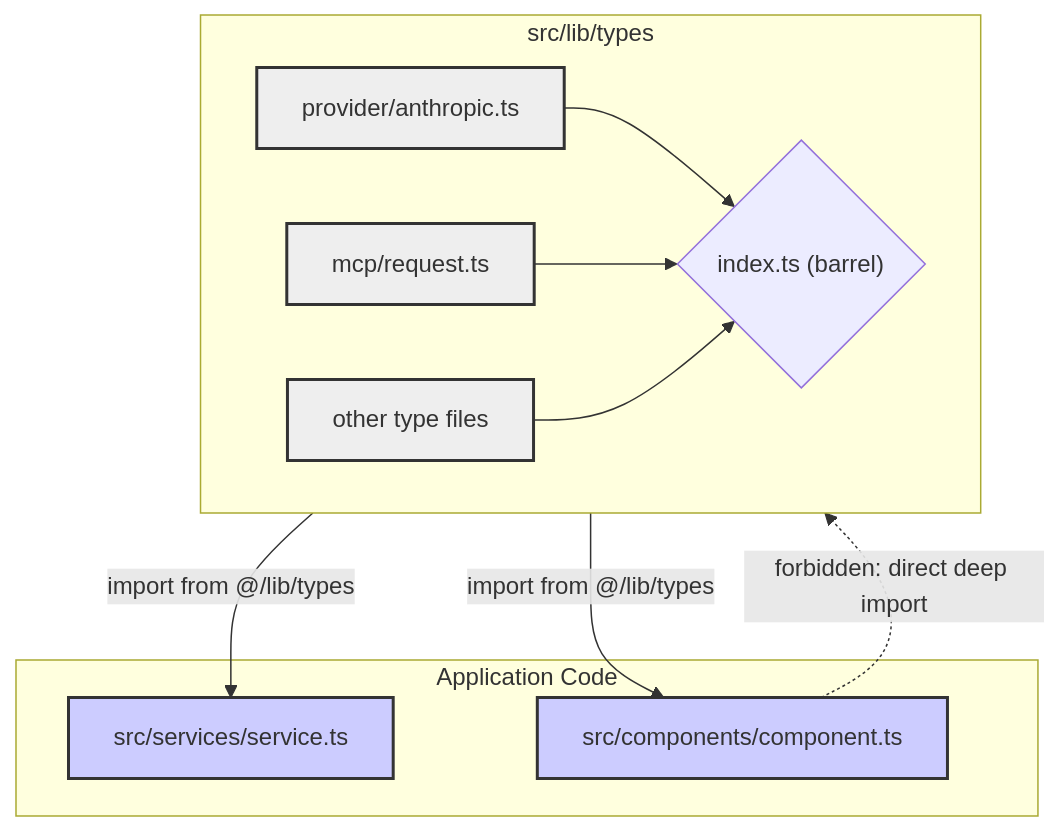
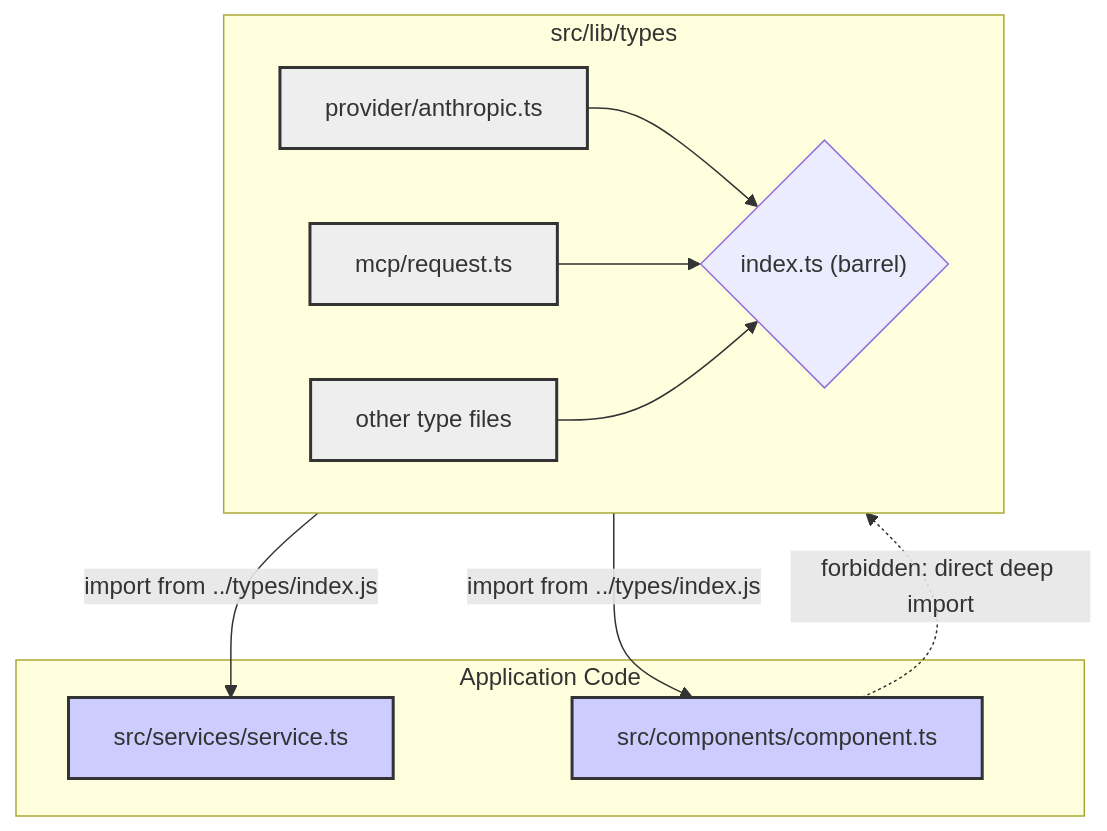
One commit to juspay/neurolink-blog changed the diagram in _posts/2026-05-29-ten-eslint-rules-that-hold-neurolink-s-type-system-together.md. Above: the diagram before and after it, drawn with Mermaid. The commit also changed other lines of this file and 2 other files, not shown here.

````diff
--- a/_posts/2026-05-29-ten-eslint-rules-that-hold-neurolink-s-type-system-together.md
+++ b/_posts/2026-05-29-ten-eslint-rules-that-hold-neurolink-s-type-system-together.md
@@ -148,25 +148,25 @@
 ```mermaid
 graph TD
     subgraph types["src/lib/types"]
         direction LR
         F1["provider/anthropic.ts"] --> Barrel
         F2["mcp/request.ts"] --> Barrel
         F3["other type files"] --> Barrel
         Barrel{"index.ts (barrel)"}
     end
 
     subgraph app["Application Code"]
         S1["src/services/service.ts"]
         C1["src/components/component.ts"]
     end
 
-    Barrel -->|"import from @/lib/types"| S1
-    Barrel -->|"import from @/lib/types"| C1
+    Barrel -->|"import from ../types/index.js"| S1
+    Barrel -->|"import from ../types/index.js"| C1
     C1 -.->|"forbidden: direct deep import"| F1
 
     style F1 fill:#eee,stroke:#333,stroke-width:2px
     style F2 fill:#eee,stroke:#333,stroke-width:2px
     style F3 fill:#eee,stroke:#333,stroke-width:2px
     style S1 fill:#ccf,stroke:#333,stroke-width:2px
     style C1 fill:#ccf,stroke:#333,stroke-width:2px
 ```
````
